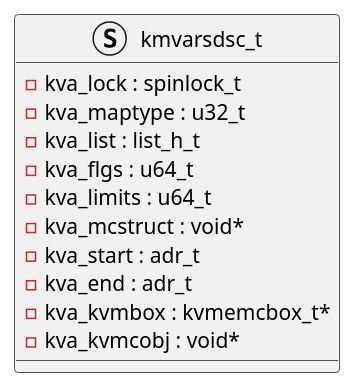
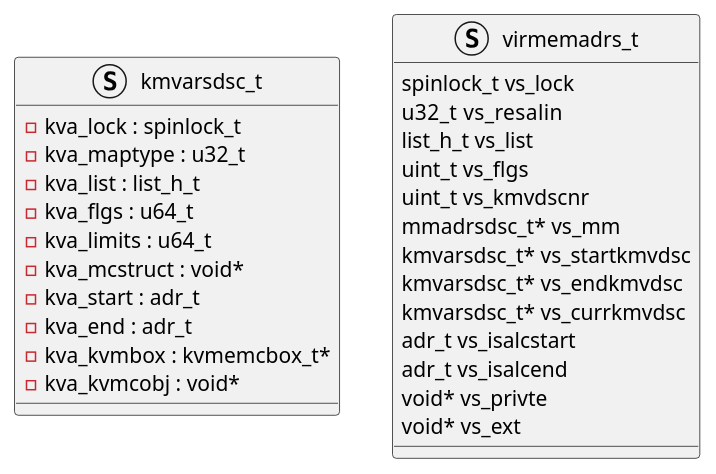
The diagram in 0.学习笔记/a04.操作系统/操作系统实战/2.内存/5.虚拟内存.md (mowang111/personal_knowledge_repository), drawn with PlantUML before and after one commit. The commit also changed 1 other file, not shown here.

Commit message:
vault backup: 2023-12-05 09:49:22

````diff
--- a/0.学习笔记/a04.操作系统/操作系统实战/2.内存/5.虚拟内存.md
+++ b/0.学习笔记/a04.操作系统/操作系统实战/2.内存/5.虚拟内存.md
@@ -7,14 +7,30 @@
 ```plantuml
 struct kmvarsdsc_t {
     - kva_lock : spinlock_t
     - kva_maptype : u32_t
     - kva_list : list_h_t
     - kva_flgs : u64_t
     - kva_limits : u64_t
     - kva_mcstruct : void*
     - kva_start : adr_t
     - kva_end : adr_t
     - kva_kvmbox : kvmemcbox_t*
     - kva_kvmcobj : void*
 }
+
+struct virmemadrs_t {
+    spinlock_t vs_lock
+    u32_t  vs_resalin
+    list_h_t vs_list
+    uint_t vs_flgs
+    uint_t vs_kmvdscnr
+    mmadrsdsc_t* vs_mm
+    kmvarsdsc_t* vs_startkmvdsc
+    kmvarsdsc_t* vs_endkmvdsc
+    kmvarsdsc_t* vs_currkmvdsc
+    adr_t vs_isalcstart
+    adr_t vs_isalcend
+    void* vs_privte
+    void* vs_ext
+}
 ```
````
